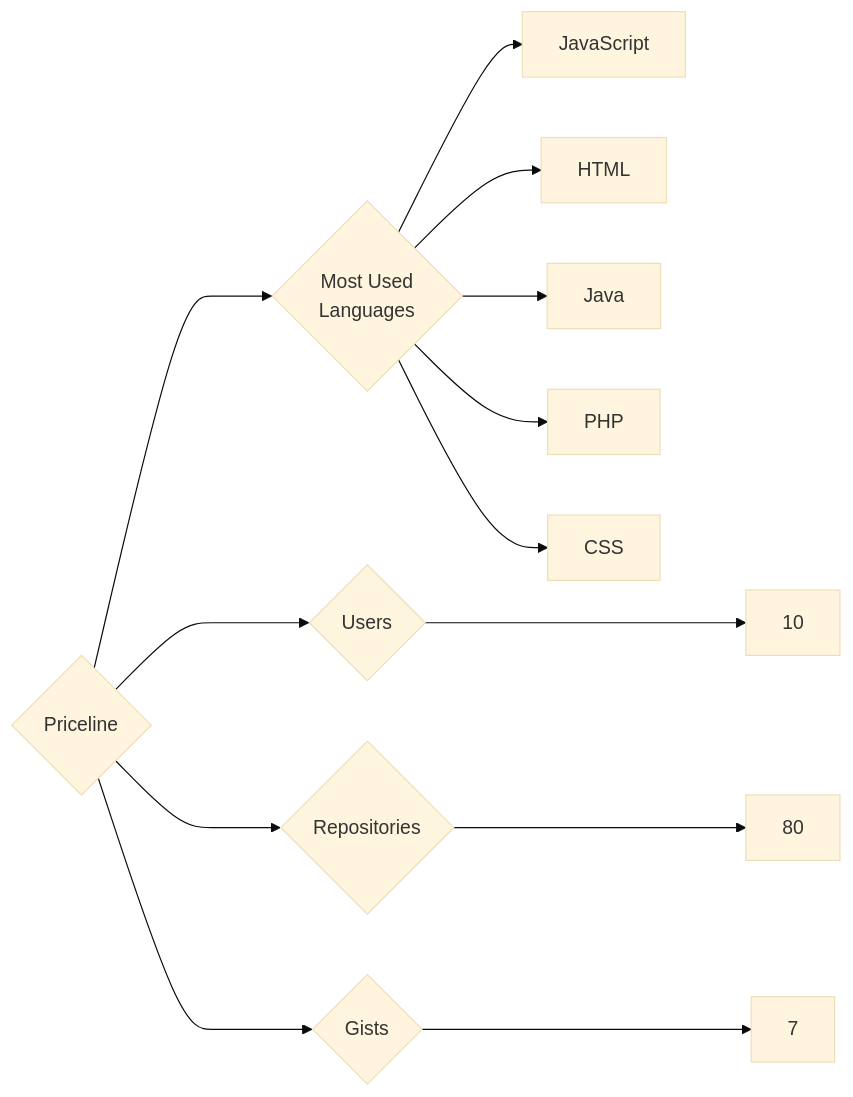
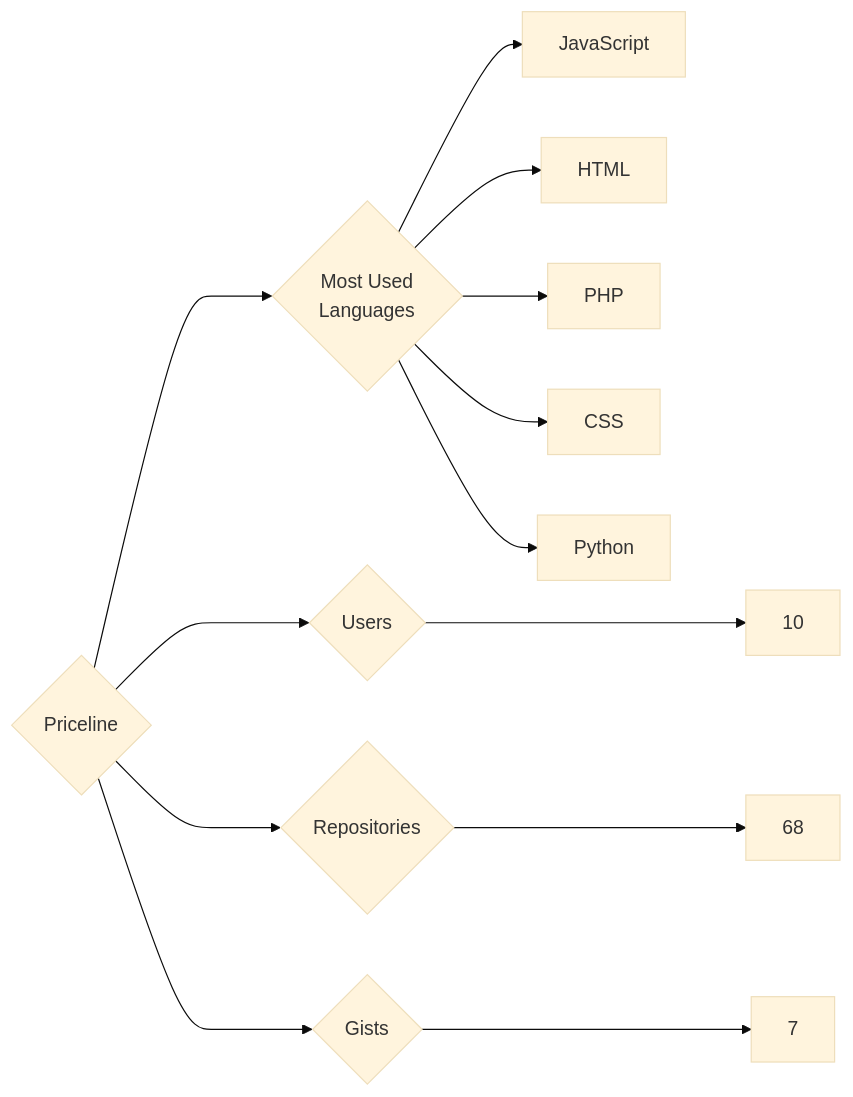
Before and after one commit to trickest/insiders: the diagram in targets/Priceline/README.md, drawn with Mermaid (base theme). The commit also changed 1484 other files, not shown here.

````diff
--- a/targets/Priceline/README.md
+++ b/targets/Priceline/README.md
@@ -3,13 +3,13 @@
 ```mermaid
 graph LR
 COMPANY_NAME{Priceline}
 COMPANY_NAME ---> U{Users} ---> UN[10]
-COMPANY_NAME ---> R{Repositories} ---> RN[80]
+COMPANY_NAME ---> R{Repositories} ---> RN[68]
 COMPANY_NAME ---> G{Gists} ---> GN[7]
 COMPANY_NAME ---> ML{Most Used<br>Languages}
 ML --> JavaScript[JavaScript]
 ML --> HTML[HTML]
-ML --> Java[Java]
 ML --> PHP[PHP]
 ML --> CSS[CSS]
+ML --> Python[Python]
 ```
````
